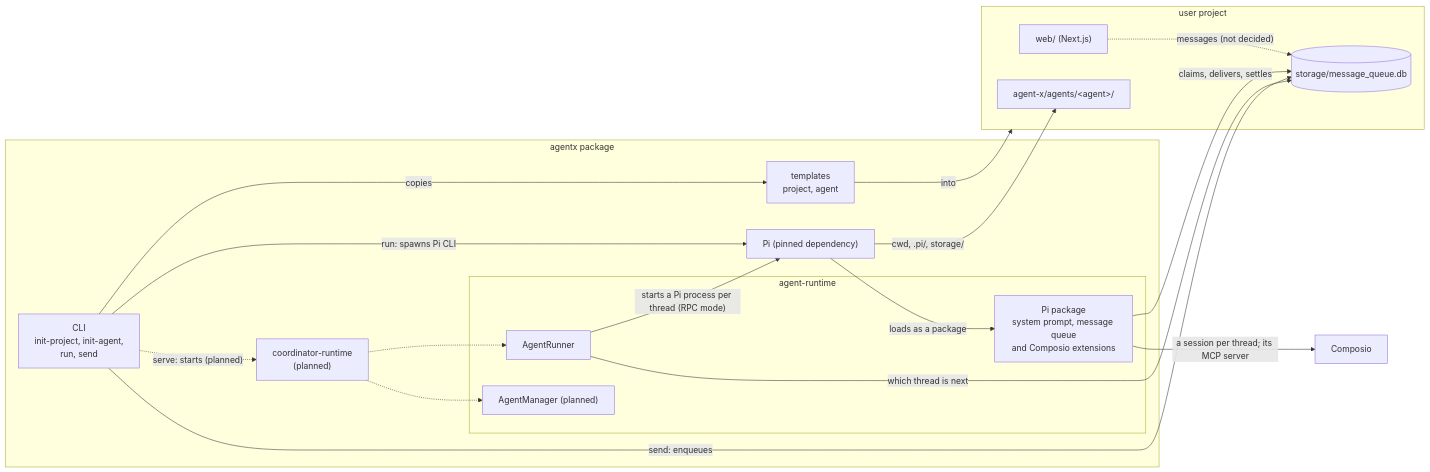
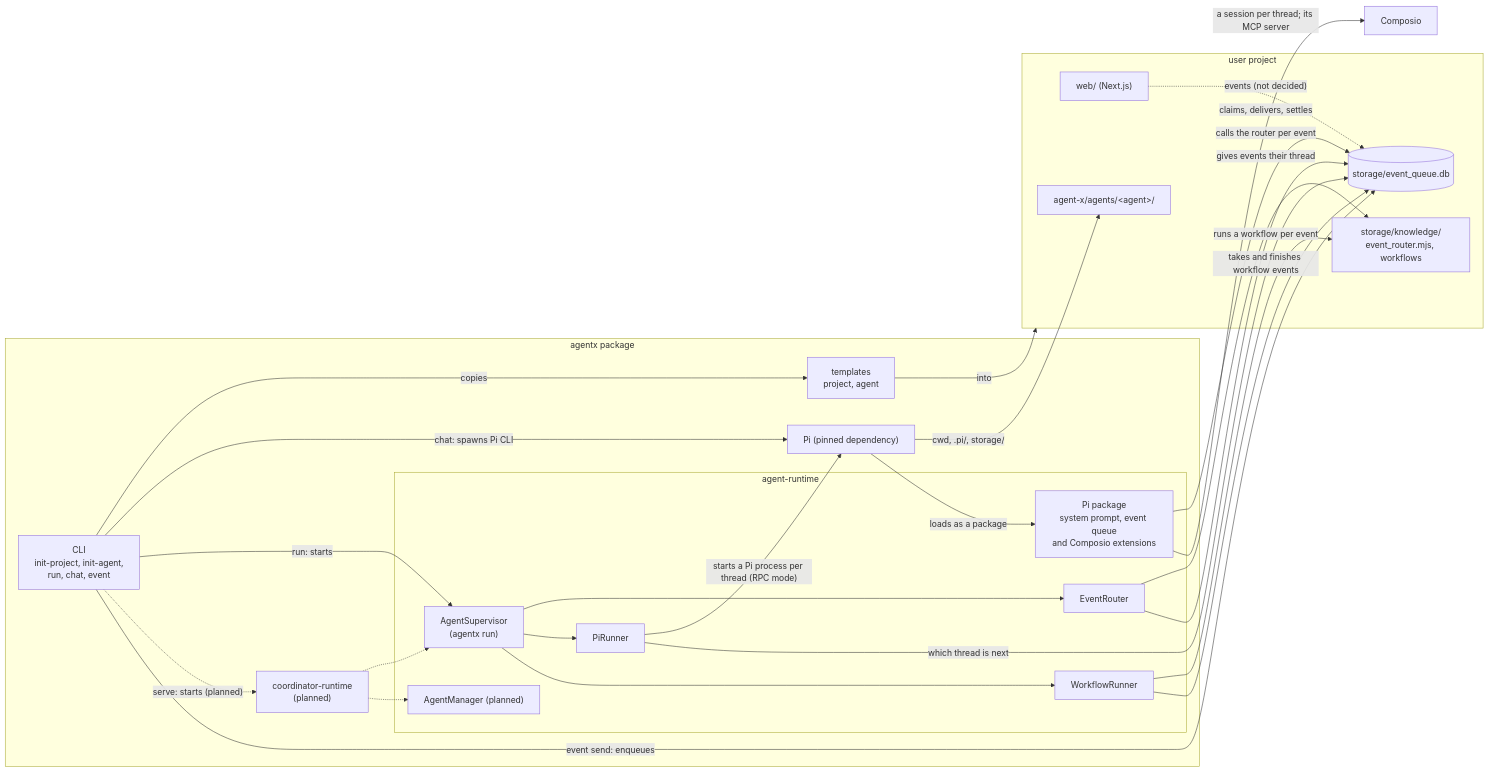
The diagram in docs/high_level_design.md (cognisphere-sh/agent-x), drawn with Mermaid before and after one commit. The commit also changed other lines of this file and 81 other files, not shown here.

First line of the commit message:
feat: agentx run with an event router and workflows; chat opens a thread

````diff
--- a/docs/high_level_design.md
+++ b/docs/high_level_design.md
@@ -19,34 +19,44 @@
 ```mermaid
 flowchart LR
   subgraph agentx["agentx package"]
-    CLI["CLI<br/>init-project, init-agent,<br/>run, send"]
+    CLI["CLI<br/>init-project, init-agent,<br/>run, chat, event"]
     T["templates<br/>project, agent"]
     subgraph AR["agent-runtime"]
-      R["AgentRunner"]
-      CORE["Pi package<br/>system prompt, message queue<br/>and Composio extensions"]
+      S["AgentSupervisor<br/>(agentx run)"]
+      ER["EventRouter"]
+      R["PiRunner"]
+      WR["WorkflowRunner"]
+      CORE["Pi package<br/>system prompt, event queue<br/>and Composio extensions"]
       M["AgentManager (planned)"]
     end
     C["coordinator-runtime<br/>(planned)"]
     PI["Pi (pinned dependency)"]
   end
   subgraph P["user project"]
     APP["web/ (Next.js)"]
     A["agent-x/agents/&lt;agent&gt;/"]
-    Q[("storage/message_queue.db")]
+    Q[("storage/event_queue.db")]
+    K["storage/knowledge/<br/>event_router.mjs, workflows"]
   end
   CLI -- copies --> T
   T -- into --> P
-  CLI -- "run: spawns Pi CLI" --> PI
+  CLI -- "chat: spawns Pi CLI" --> PI
+  CLI -- "run: starts" --> S
   CLI -. "serve: starts (planned)" .-> C
-  CLI -- "send: enqueues" --> Q
+  CLI -- "event send: enqueues" --> Q
+  S --> ER & R & WR
+  ER -- "calls the router per event" --> K
+  ER -- "gives events their thread" --> Q
   R -- "starts a Pi process per thread (RPC mode)" --> PI
   R -- "which thread is next" --> Q
+  WR -- "runs a workflow per event" --> K
+  WR -- "takes and finishes workflow events" --> Q
   PI -- "cwd, .pi/, storage/" --> A
   PI -- "loads as a package" --> CORE
   CORE -- "claims, delivers, settles" --> Q
-  C -.-> R
+  C -.-> S
   C -.-> M
-  APP -. "messages (not decided)" .-> Q
+  APP -. "events (not decided)" .-> Q
   CX["Composio"]
   CORE -- "a session per thread; its MCP server" --> CX
 ```
````
